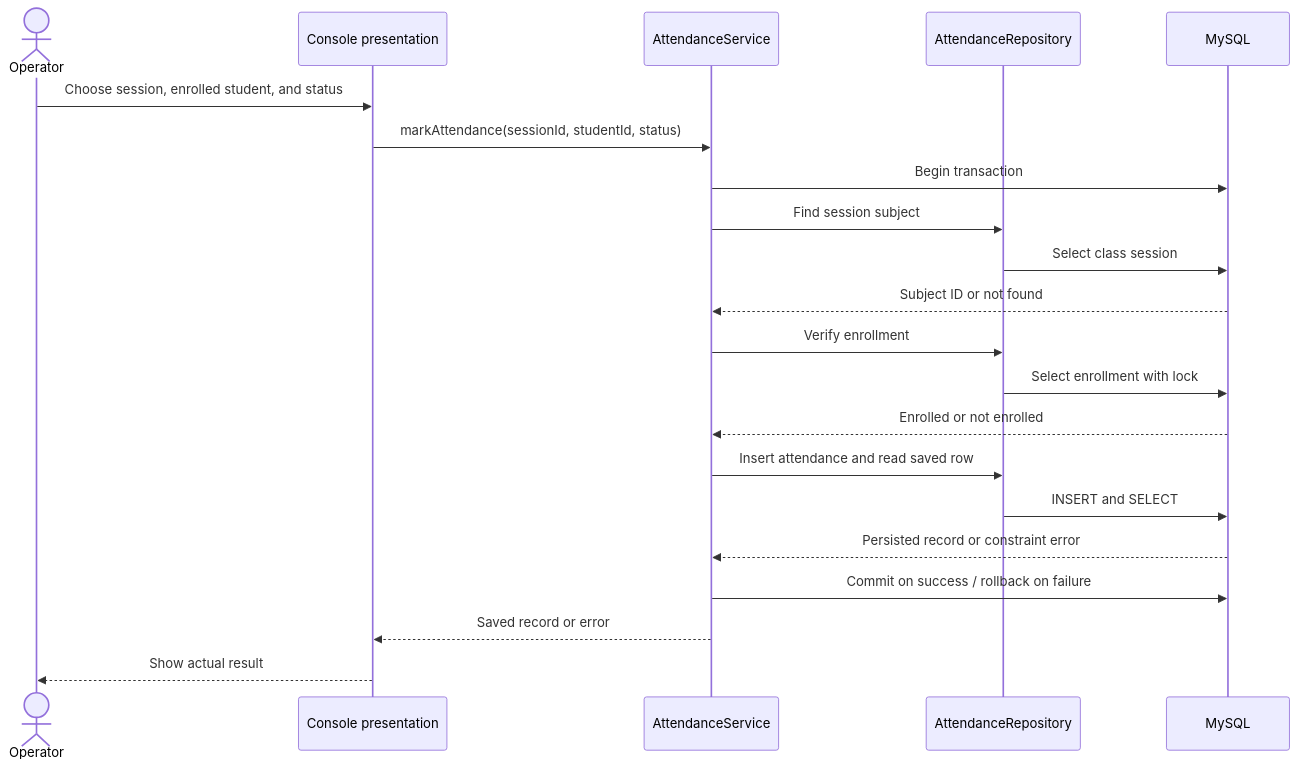
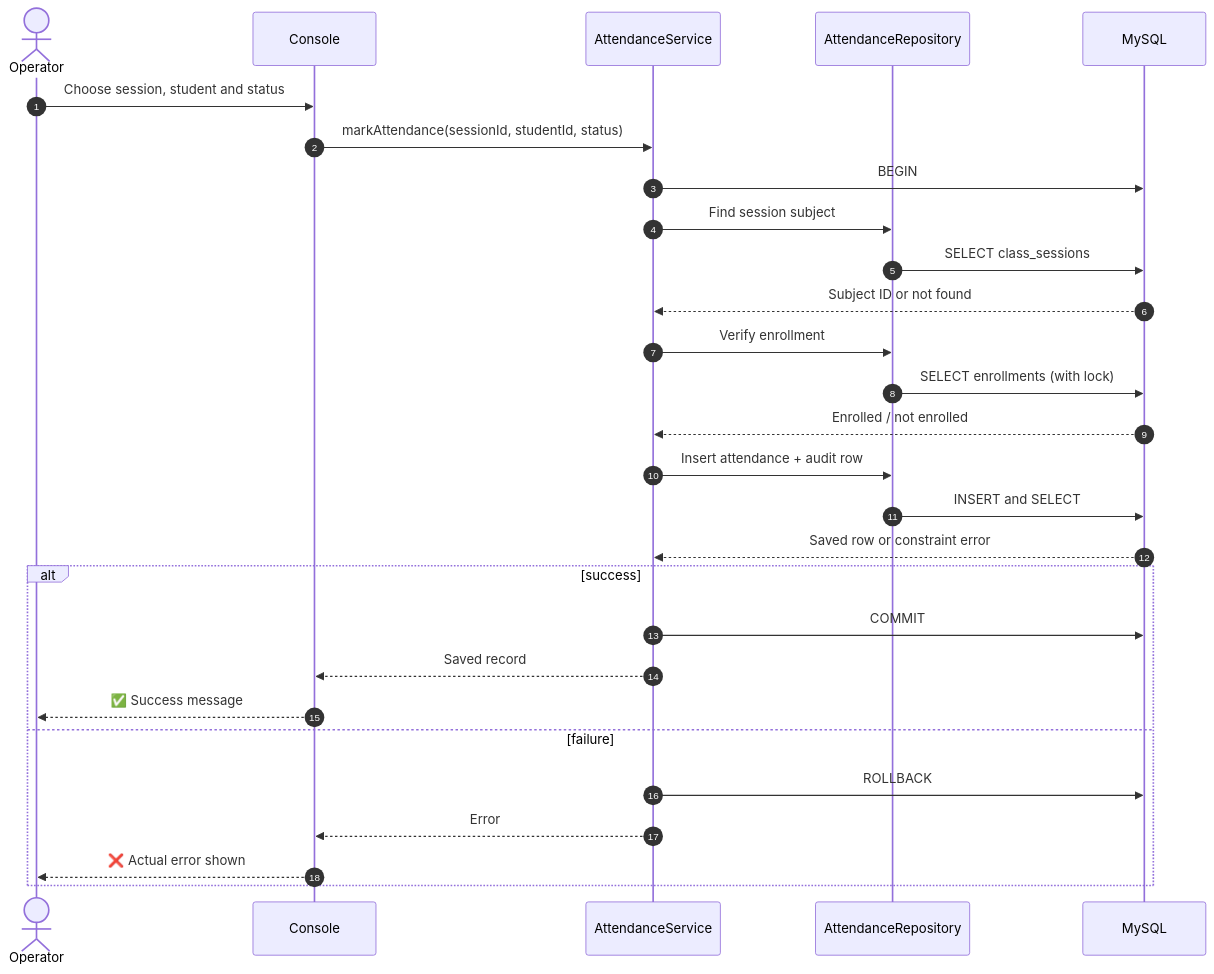
One commit to vishweshwaranbalasundaram/Attend-IQ changed the second of 6 diagrams in README.md. Above: the diagram before and after it, drawn with Mermaid. The commit also changed other lines of this file and 9 other files, not shown here.

Commit message:
docs: update Attend-IQ setup and architecture

````diff
--- a/README.md
+++ b/README.md
@@ -113,23 +182,31 @@
 ```mermaid
 sequenceDiagram
+    autonumber
     actor Operator
-    participant App as Console presentation
+    participant App as Console
     participant S as AttendanceService
     participant R as AttendanceRepository
     participant DB as MySQL
-    Operator->>App: Choose session, enrolled student, and status
+
+    Operator->>App: Choose session, student and status
     App->>S: markAttendance(sessionId, studentId, status)
-    S->>DB: Begin transaction
+    S->>DB: BEGIN
     S->>R: Find session subject
-    R->>DB: Select class session
+    R->>DB: SELECT class_sessions
     DB-->>S: Subject ID or not found
     S->>R: Verify enrollment
-    R->>DB: Select enrollment with lock
-    DB-->>S: Enrolled or not enrolled
-    S->>R: Insert attendance and read saved row
+    R->>DB: SELECT enrollments (with lock)
+    DB-->>S: Enrolled / not enrolled
+    S->>R: Insert attendance + audit row
     R->>DB: INSERT and SELECT
-    DB-->>S: Persisted record or constraint error
-    S->>DB: Commit on success / rollback on failure
-    S-->>App: Saved record or error
-    App-->>Operator: Show actual result
+    DB-->>S: Saved row or constraint error
+    alt success
+        S->>DB: COMMIT
+        S-->>App: Saved record
+        App-->>Operator: ✅ Success message
+    else failure
+        S->>DB: ROLLBACK
+        S-->>App: Error
+        App-->>Operator: ❌ Actual error shown
+    end
 ```
````
